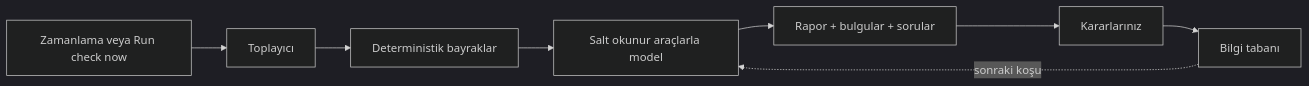
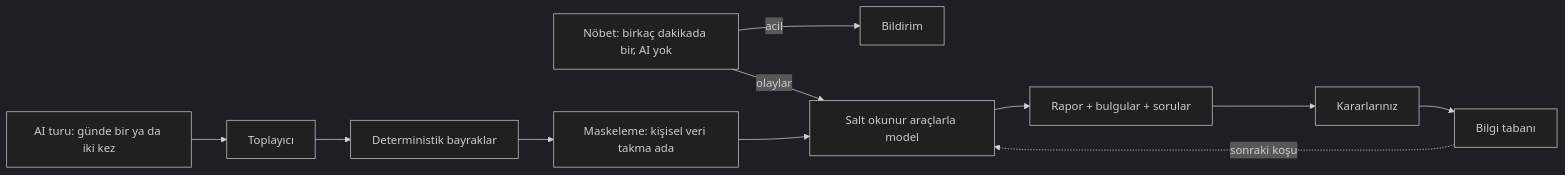
The diagram in docs/wiki/Home-TR.md (dururustem68/wazuh-daily-triage), drawn with Mermaid (dark theme) before and after one commit. The commit also changed other lines of this file and 23 other files, not shown here.

````diff
--- a/docs/wiki/Home-TR.md
+++ b/docs/wiki/Home-TR.md
@@ -56,10 +80,13 @@
 ```mermaid
 flowchart LR
-  S[Zamanlama veya Run check now] --> C[Toplayıcı]
+  W[Nöbet: birkaç dakikada bir, AI yok] -->|acil| N[Bildirim]
+  W -->|olaylar| A
+  S[AI turu: günde bir ya da iki kez] --> C[Toplayıcı]
   C --> F[Deterministik bayraklar]
-  F --> A[Salt okunur araçlarla model]
+  F --> M[Maskeleme: kişisel veri takma ada]
+  M --> A[Salt okunur araçlarla model]
   A --> R[Rapor + bulgular + sorular]
   R --> D[Kararlarınız]
   D --> K[Bilgi tabanı]
   K -. sonraki koşu .-> A
 ```
````
